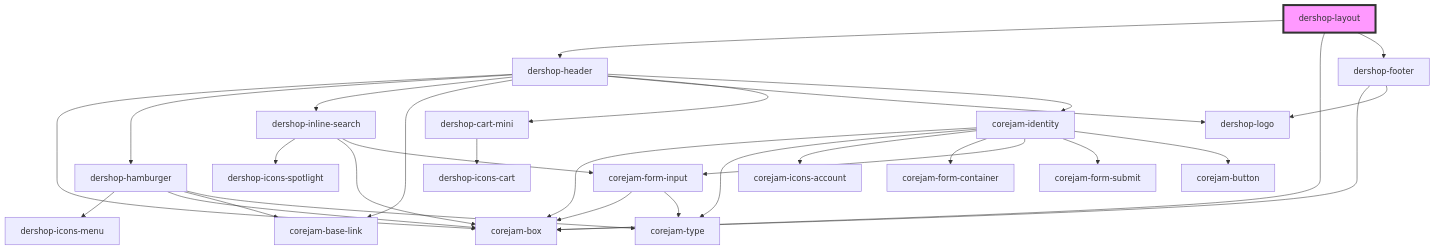
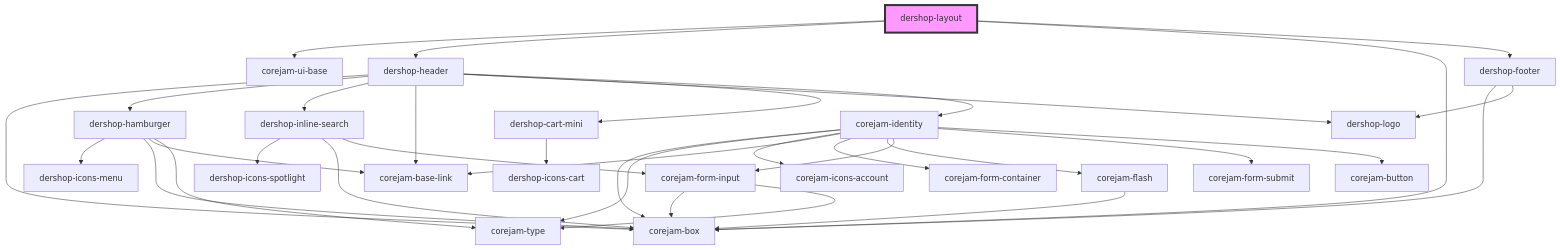
One commit to corejam/corejam changed the diagram in packages/dershop/app/layout/readme.md. Above: the diagram before and after it, drawn with Mermaid. The commit also changed other lines of this file and 43 other files, not shown here.

````diff
--- a/packages/dershop/app/layout/readme.md
+++ b/packages/dershop/app/layout/readme.md
@@ -17,33 +18,37 @@
 ```mermaid
 graph TD;
+  dershop-layout --> corejam-ui-base
   dershop-layout --> dershop-header
   dershop-layout --> corejam-box
   dershop-layout --> dershop-footer
   dershop-header --> corejam-box
   dershop-header --> dershop-hamburger
   dershop-header --> dershop-inline-search
   dershop-header --> corejam-base-link
   dershop-header --> dershop-logo
   dershop-header --> dershop-cart-mini
   dershop-header --> corejam-identity
   dershop-hamburger --> dershop-icons-menu
   dershop-hamburger --> corejam-box
   dershop-hamburger --> corejam-base-link
   dershop-hamburger --> corejam-type
   dershop-inline-search --> dershop-icons-spotlight
   dershop-inline-search --> corejam-box
   dershop-inline-search --> corejam-form-input
   corejam-form-input --> corejam-box
   corejam-form-input --> corejam-type
   dershop-cart-mini --> dershop-icons-cart
   corejam-identity --> corejam-box
   corejam-identity --> corejam-type
   corejam-identity --> corejam-icons-account
+  corejam-identity --> corejam-base-link
   corejam-identity --> corejam-form-container
+  corejam-identity --> corejam-flash
   corejam-identity --> corejam-form-input
   corejam-identity --> corejam-form-submit
   corejam-identity --> corejam-button
+  corejam-flash --> corejam-box
   dershop-footer --> corejam-box
   dershop-footer --> dershop-logo
   style dershop-layout fill:#f9f,stroke:#333,stroke-width:4px
 ```
````
